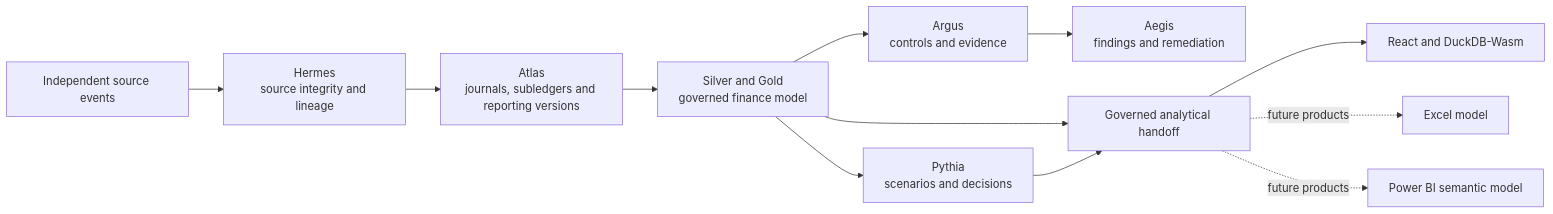
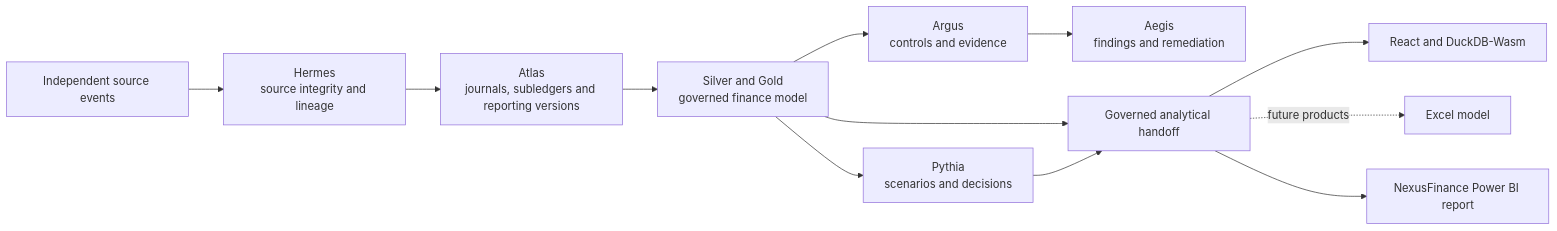
The diagram in README.md (LewisA55/finance-assurance-platform), drawn with Mermaid before and after one commit. The commit also changed other lines of this file and 142 other files, not shown here.

Commit message:
feat(power-bi): complete NexusFinance reporting showcase

````diff
--- a/README.md
+++ b/README.md
@@ -68,14 +68,14 @@
 ```mermaid
 flowchart LR
     S[Independent source events] --> H[Hermes<br/>source integrity and lineage]
     H --> A[Atlas<br/>journals, subledgers and reporting versions]
     A --> G[Silver and Gold<br/>governed finance model]
     G --> R[Argus<br/>controls and evidence]
     R --> E[Aegis<br/>findings and remediation]
     G --> P[Pythia<br/>scenarios and decisions]
     G --> W[Governed analytical handoff]
     P --> W
     W --> UI[React and DuckDB-Wasm]
     W -. future products .-> X[Excel model]
-    W -. future products .-> B[Power BI semantic model]
+    W --> B[NexusFinance Power BI report]
 ```
````
